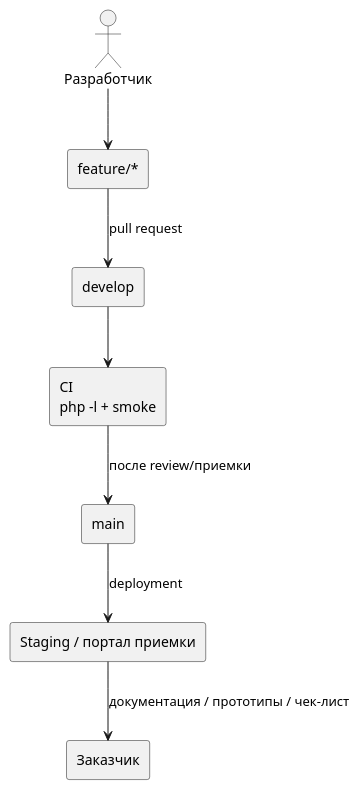
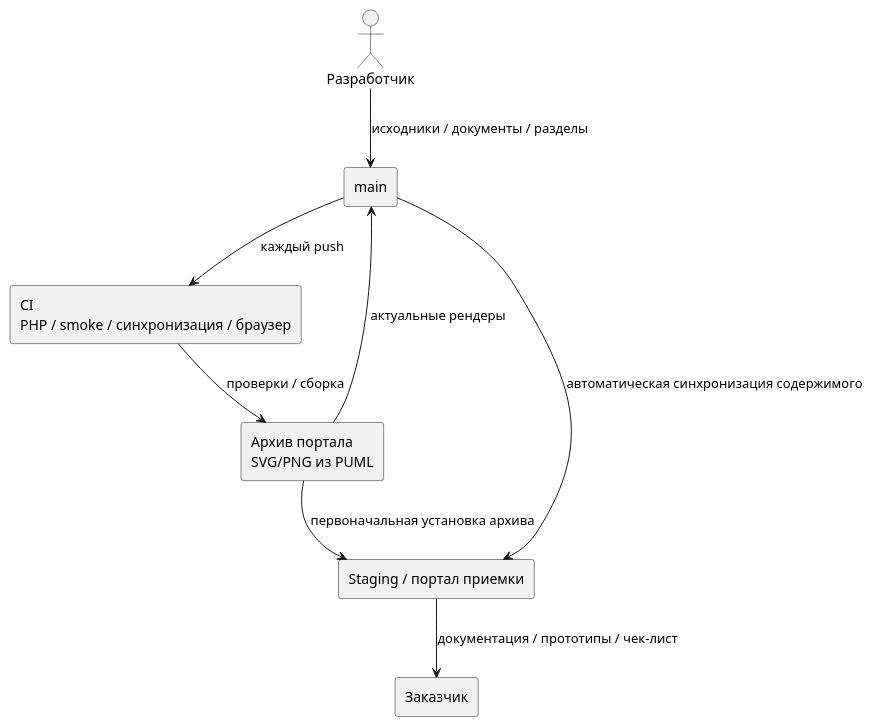
Before and after one commit to Jebvo777/CHOPPRO: the diagram in docs/диаграммы/14_CI_CD_и_поставка_Этапа_1.puml, drawn with PlantUML. The commit also changed 6 other files, not shown here.

```diff
--- a/docs/диаграммы/14_CI_CD_и_поставка_Этапа_1.puml
+++ b/docs/диаграммы/14_CI_CD_и_поставка_Этапа_1.puml
@@ -1,18 +1,18 @@
 @startuml
 skinparam monochrome true
 skinparam shadowing false
 skinparam defaultFontName "Times New Roman"
 actor "Разработчик" as Dev
-rectangle "feature/*" as Feature
-rectangle "develop" as Develop
-rectangle "CI\nphp -l + smoke" as CI
 rectangle "main" as Main
+rectangle "CI\nPHP / smoke / синхронизация / браузер" as CI
+rectangle "Архив портала\nSVG/PNG из PUML" as Artifacts
 rectangle "Staging / портал приемки" as Stage
 rectangle "Заказчик" as Client
-Dev --> Feature
-Feature --> Develop : pull request
-Develop --> CI
-CI --> Main : после review/приемки
-Main --> Stage : deployment
+Dev --> Main : исходники / документы / разделы
+Main --> CI : каждый push
+CI --> Artifacts : проверки / сборка
+Artifacts --> Main : актуальные рендеры
+Main --> Stage : автоматическая синхронизация содержимого
+Artifacts --> Stage : первоначальная установка архива
 Stage --> Client : документация / прототипы / чек-лист
 @enduml
```
